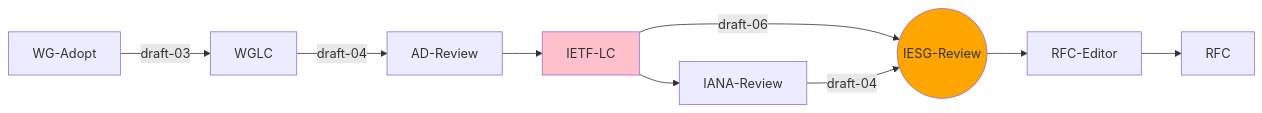
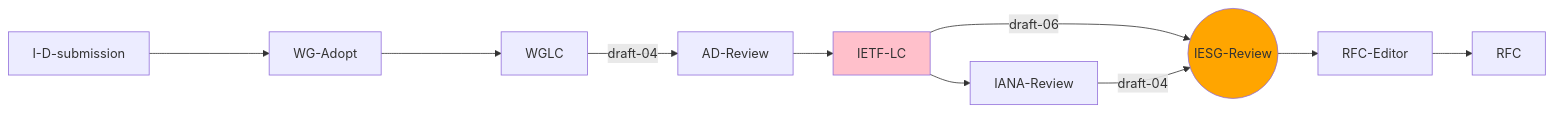
Before and after one commit to ghwood/ietf-i-d-process: the diagram in index.md, drawn with Mermaid.

````diff
--- a/index.md
+++ b/index.md
@@ -23,18 +23,19 @@
 ```mermaid
 graph LR
     classDef current fill:orange
     classDef lastIETF fill:pink
 
-    WG-Adopt --draft-03--> WGLC
+    I-D-submission ----> WG-Adopt
+    WG-Adopt ----> WGLC
     WGLC --draft-04--> AD-Review
     AD-Review --> IETF-LC
     class IETF-LC lastIETF
     IETF-LC --> IANA-Review 
     IETF-LC --draft-06--> IESG-Review((IESG-Review))
     class IESG-Review current
     IANA-Review --draft-04--> IESG-Review
     IESG-Review --> RFC-Editor
     RFC-Editor --> RFC
 
 
 ```
````
